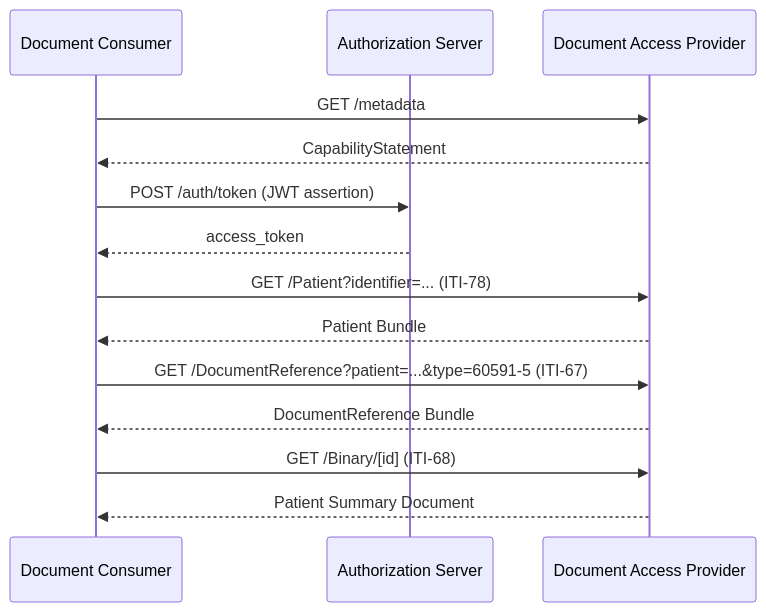
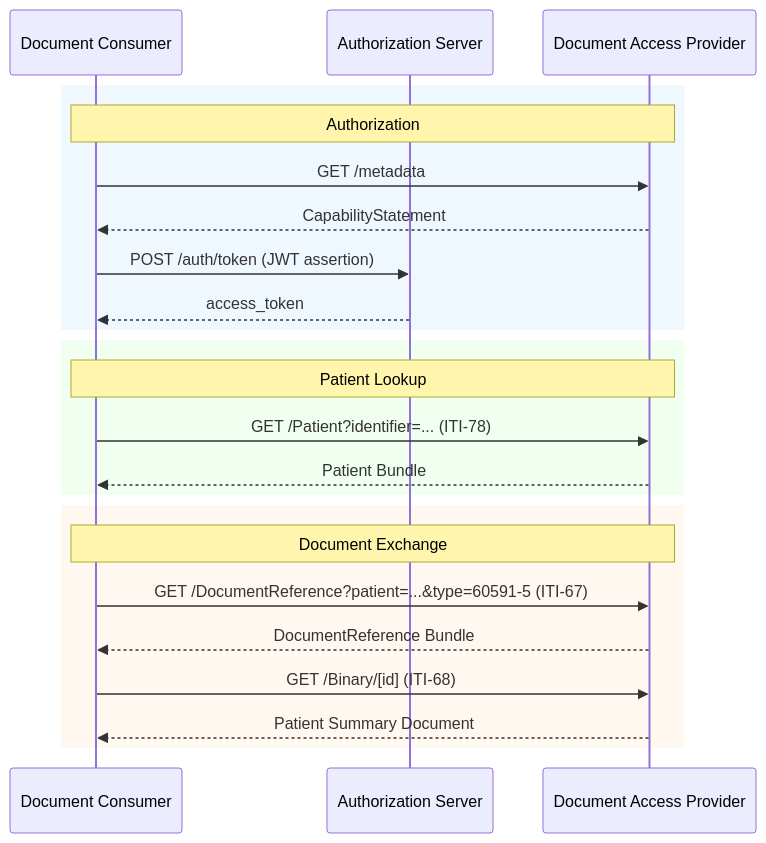
The diagram in input/pagecontent/example-patient-summary.md (euridice-org/jwg-api), drawn with Mermaid before and after one commit. The commit also changed other lines of this file, not shown here.

Commit message:
Add section labels to Patient Summary example sequence diagram

````diff
--- a/input/pagecontent/example-patient-summary.md
+++ b/input/pagecontent/example-patient-summary.md
@@ -20,21 +20,28 @@
 ```mermaid
 sequenceDiagram
     participant Consumer as Document Consumer
     participant AuthZ as Authorization Server
     participant Provider as Document Access Provider
 
+    rect rgb(240, 248, 255)
+    Note over Consumer,Provider: Authorization
     Consumer->>Provider: GET /metadata
     Provider-->>Consumer: CapabilityStatement
-
     Consumer->>AuthZ: POST /auth/token (JWT assertion)
     AuthZ-->>Consumer: access_token
+    end
 
+    rect rgb(240, 255, 240)
+    Note over Consumer,Provider: Patient Lookup
     Consumer->>Provider: GET /Patient?identifier=... (ITI-78)
     Provider-->>Consumer: Patient Bundle
+    end
 
+    rect rgb(255, 248, 240)
+    Note over Consumer,Provider: Document Exchange
     Consumer->>Provider: GET /DocumentReference?patient=...&type=60591-5 (ITI-67)
     Provider-->>Consumer: DocumentReference Bundle
-
     Consumer->>Provider: GET /Binary/[id] (ITI-68)
     Provider-->>Consumer: Patient Summary Document
+    end
 ```
````
